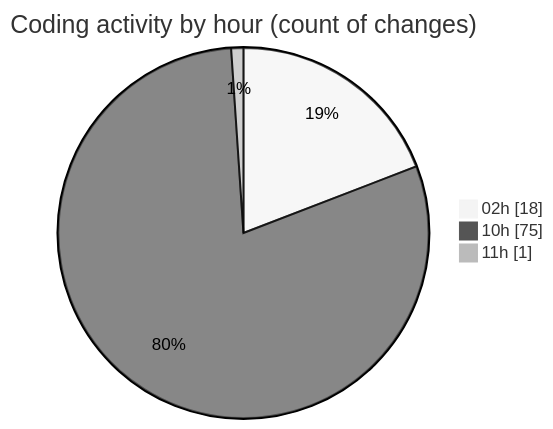
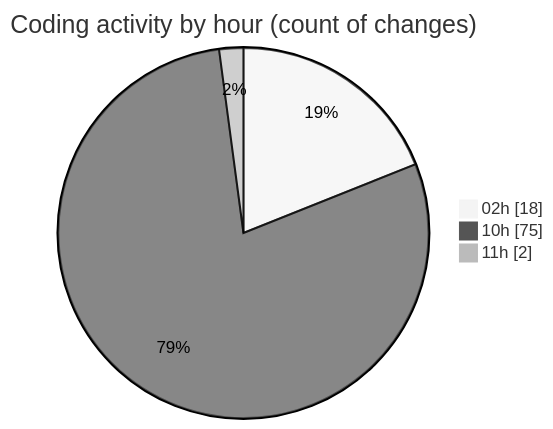
The second of 2 diagrams in 2026-07-08/twenty_versions_aminor/README.md (shibass792/code-tracking), drawn with Mermaid (neutral theme) before and after one commit. The commit also changed other lines of this file and 1 other file, not shown here.

````diff
--- a/2026-07-08/twenty_versions_aminor/README.md
+++ b/2026-07-08/twenty_versions_aminor/README.md
@@ -32,7 +32,7 @@
 ```mermaid
 pie showData
 title Coding activity by hour (count of changes)
 "02h" : 18
 "10h" : 75
-"11h" : 1
+"11h" : 2
 ```
````
